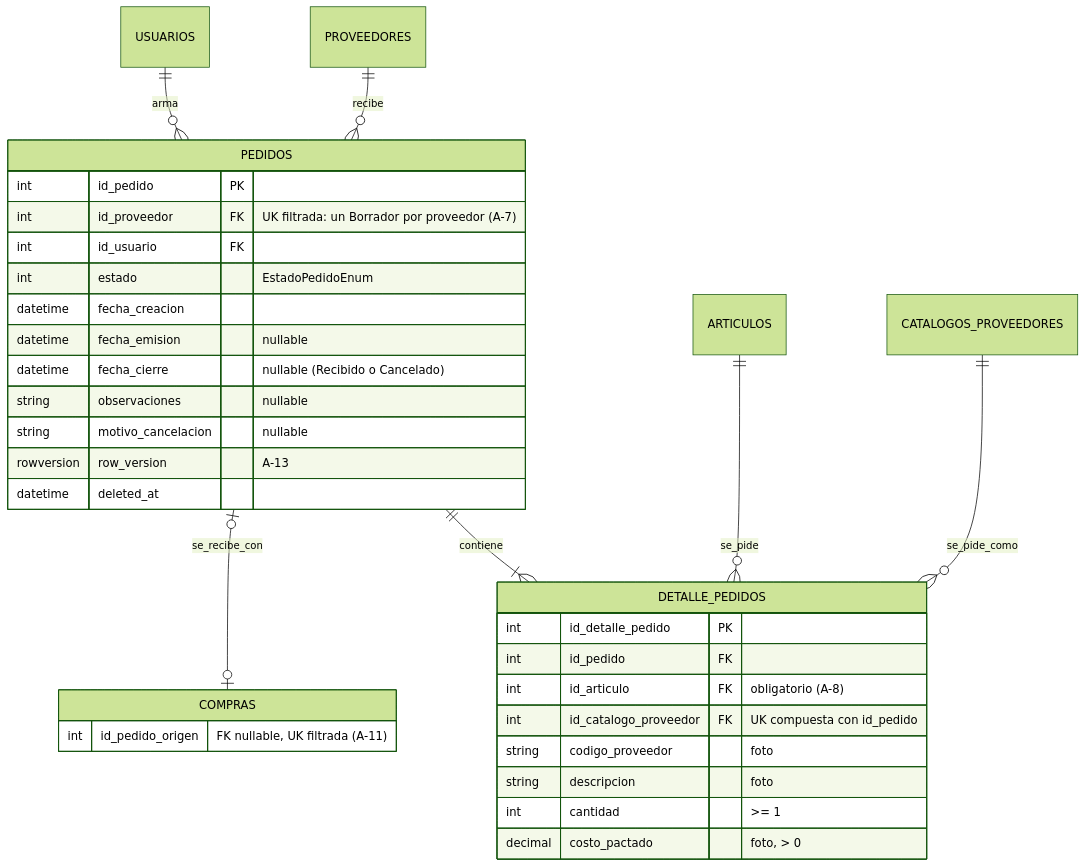
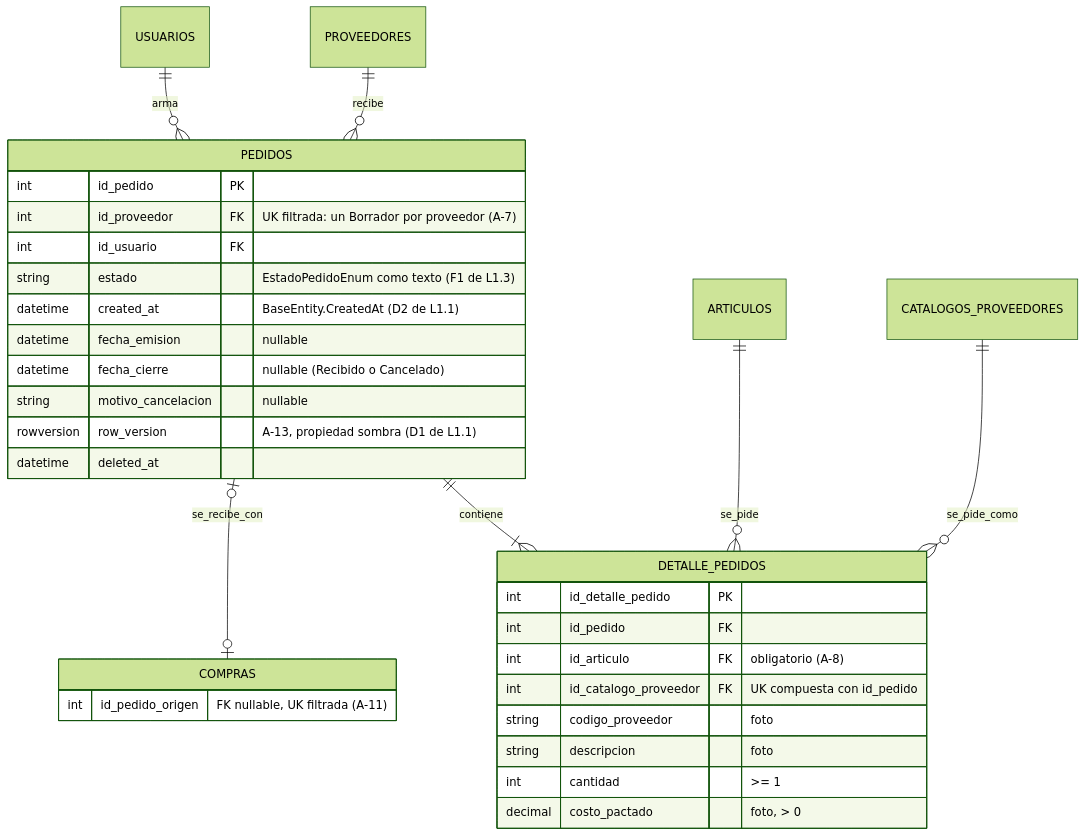
Before and after one commit to lucaskruzolek/retail: the fourth of 5 diagrams in docs/roadmap/etapa-4-track-4.3-abastecimiento.md, drawn with Mermaid (forest theme). The commit also changed other lines of this file and 3 other files, not shown here.

````diff
--- a/docs/roadmap/etapa-4-track-4.3-abastecimiento.md
+++ b/docs/roadmap/etapa-4-track-4.3-abastecimiento.md
@@ -123,36 +123,35 @@
 ```mermaid
 erDiagram
     PROVEEDORES ||--o{ PEDIDOS : "recibe"
     USUARIOS ||--o{ PEDIDOS : "arma"
     PEDIDOS ||--|{ DETALLE_PEDIDOS : "contiene"
     ARTICULOS ||--o{ DETALLE_PEDIDOS : "se_pide"
     CATALOGOS_PROVEEDORES ||--o{ DETALLE_PEDIDOS : "se_pide_como"
     PEDIDOS |o--o| COMPRAS : "se_recibe_con"
 
     PEDIDOS {
         int id_pedido PK
         int id_proveedor FK "UK filtrada: un Borrador por proveedor (A-7)"
         int id_usuario FK
-        int estado "EstadoPedidoEnum"
-        datetime fecha_creacion
+        string estado "EstadoPedidoEnum como texto (F1 de L1.3)"
+        datetime created_at "BaseEntity.CreatedAt (D2 de L1.1)"
         datetime fecha_emision "nullable"
         datetime fecha_cierre "nullable (Recibido o Cancelado)"
-        string observaciones "nullable"
         string motivo_cancelacion "nullable"
-        rowversion row_version "A-13"
+        rowversion row_version "A-13, propiedad sombra (D1 de L1.1)"
         datetime deleted_at
     }
     DETALLE_PEDIDOS {
         int id_detalle_pedido PK
         int id_pedido FK
         int id_articulo FK "obligatorio (A-8)"
         int id_catalogo_proveedor FK "UK compuesta con id_pedido"
         string codigo_proveedor "foto"
         string descripcion "foto"
         int cantidad ">= 1"
         decimal costo_pactado "foto, > 0"
     }
     COMPRAS {
         int id_pedido_origen "FK nullable, UK filtrada (A-11)"
     }
 ```
````
